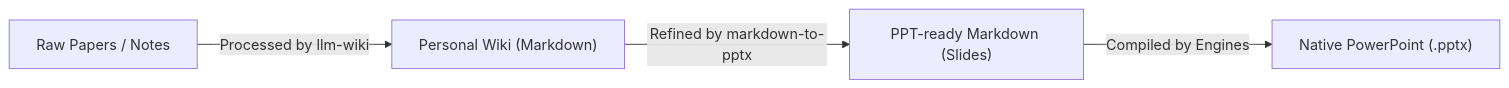
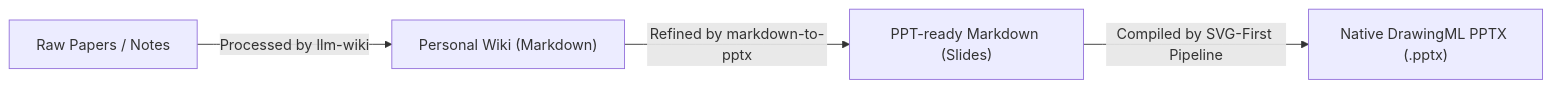
The diagram in README.md (arvrschool/markdown-to-pptx), drawn with Mermaid before and after one commit. The commit also changed other lines of this file and 23 other files, not shown here.

````diff
--- a/README.md
+++ b/README.md
@@ -36,6 +33,6 @@
 ```mermaid
 graph LR
     A["Raw Papers / Notes"] -->|Processed by llm-wiki| B["Personal Wiki (Markdown)"]
     B -->|Refined by markdown-to-pptx| C["PPT-ready Markdown (Slides)"]
-    C -->|Compiled by Engines| D["Native PowerPoint (.pptx)"]
+    C -->|Compiled by SVG-First Pipeline| D["Native DrawingML PPTX (.pptx)"]
 ```
````
